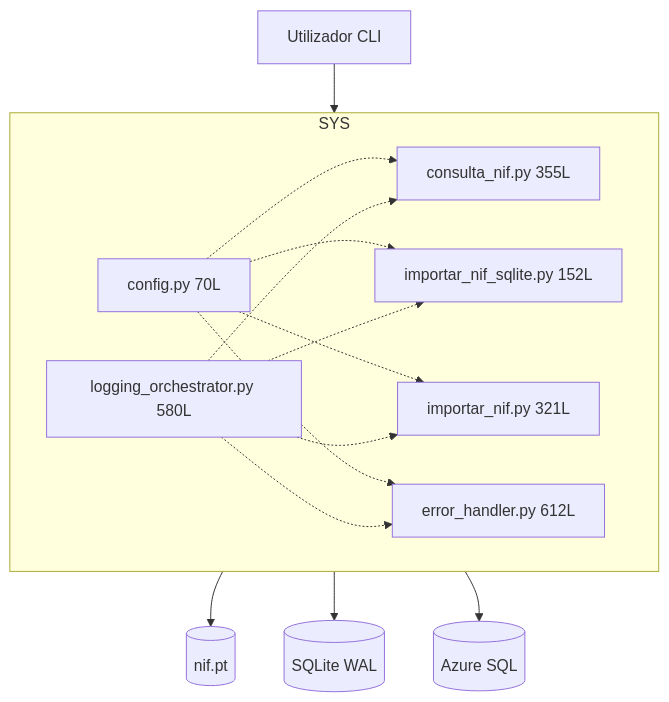
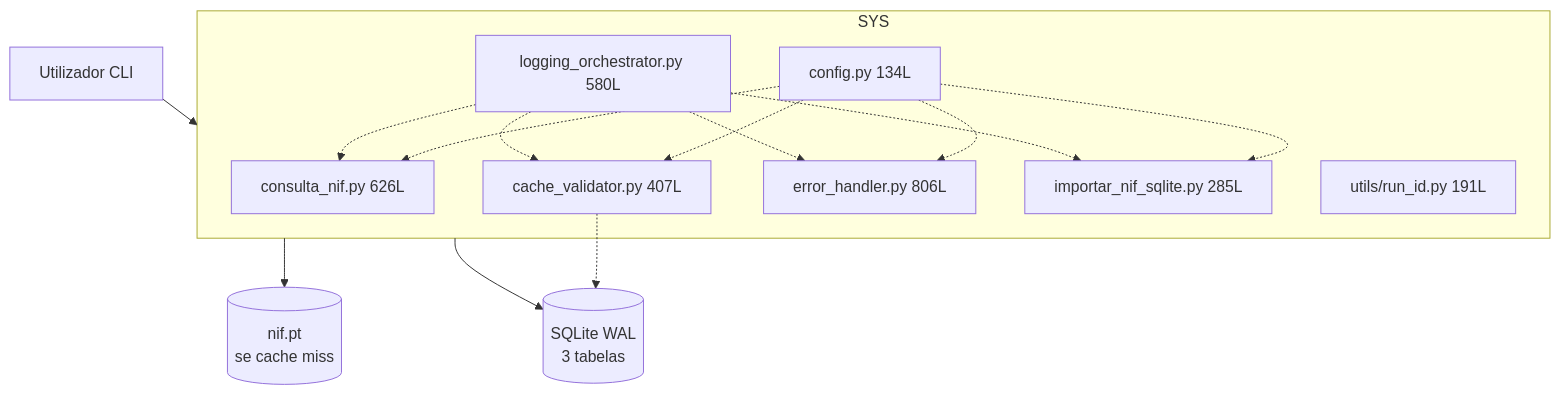
Before and after one commit to nunoetome/nif-pt: the seventh of 8 diagrams in docs/architecture/diagrams.md, drawn with Mermaid. The commit also changed other lines of this file and 28 other files, not shown here.

````diff
--- a/docs/architecture/diagrams.md
+++ b/docs/architecture/diagrams.md
@@ -225,17 +294,18 @@
 ```mermaid
 graph TB
-    U[Utilizador CLI] --> SYS[nif-pt v1.0.0<br/>Python 3.11]
+    U[Utilizador CLI] --> SYS[nif-pt v1.2.0<br/>Python 3.11 + cache]
     subgraph SYS
-        C[consulta_nif.py 355L]
-        E[error_handler.py 612L]
-        S[importar_nif_sqlite.py 152L]
-        A[importar_nif.py 321L]
-        CFG[config.py 70L]
+        C[consulta_nif.py 626L]
+        CV[cache_validator.py 407L]
+        E[error_handler.py 806L]
+        S[importar_nif_sqlite.py 285L]
+        R[utils/run_id.py 191L]
+        CFG[config.py 134L]
         LOG[logging_orchestrator.py 580L]
     end
-    SYS --> API[(nif.pt)]
-    SYS --> DB1[(SQLite WAL)]
-    SYS --> DB2[(Azure SQL)]
-    CFG -.-> C & S & A & E
-    LOG -.-> C & S & A & E
+    SYS --> API[(nif.pt<br/>se cache miss)]
+    SYS --> DB[(SQLite WAL<br/>3 tabelas)]
+    CFG -.-> C & S & E & CV
+    LOG -.-> C & S & E & CV
+    CV -.-> DB
 ```
````
